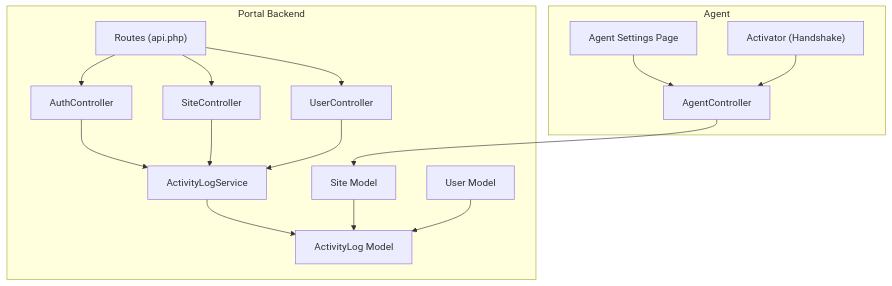
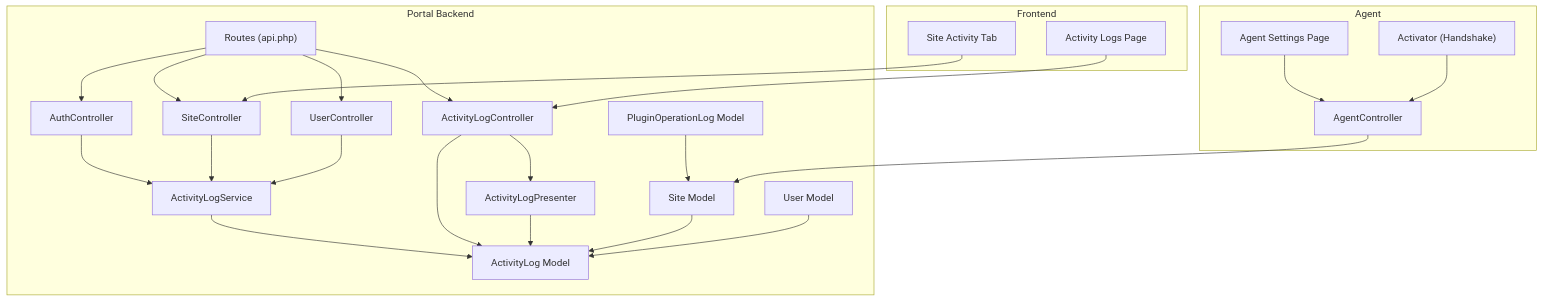
One commit to FCS-WP/website_portal changed the first of 9 diagrams in .qoder/repowiki/en/content/Activity Logging & Auditing/Activity Logging & Auditing.md. Above: the diagram before and after it, drawn with Mermaid. The commit also changed other lines of this file and 30 other files, not shown here.

````diff
--- a/.qoder/repowiki/en/content/Activity Logging & Auditing/Activity Logging & Auditing.md
+++ b/.qoder/repowiki/en/content/Activity Logging & Auditing/Activity Logging & Auditing.md
@@ -39,30 +54,44 @@
 ```mermaid
 graph TB
 subgraph "Portal Backend"
 AC["AuthController"]
 SC["SiteController"]
 UC["UserController"]
 ALS["ActivityLogService"]
+ALC["ActivityLogController"]
+ALP["ActivityLogPresenter"]
 ALM["ActivityLog Model"]
+POL["PluginOperationLog Model"]
 SM["Site Model"]
 UM["User Model"]
 RT["Routes (api.php)"]
 end
 subgraph "Agent"
 AGC["AgentController"]
 ASP["Agent Settings Page"]
 ACT["Activator (Handshake)"]
 end
+subgraph "Frontend"
+ALF["Activity Logs Page"]
+SAT["Site Activity Tab"]
+end
 AC --> ALS
 SC --> ALS
 UC --> ALS
 ALS --> ALM
+ALC --> ALP
+ALC --> ALM
+ALP --> ALM
 SM --> ALM
 UM --> ALM
+POL --> SM
 RT --> AC
 RT --> SC
 RT --> UC
+RT --> ALC
 AGC --> SM
 ASP --> AGC
 ACT --> AGC
+ALF --> ALC
+SAT --> SC
 ```
````
